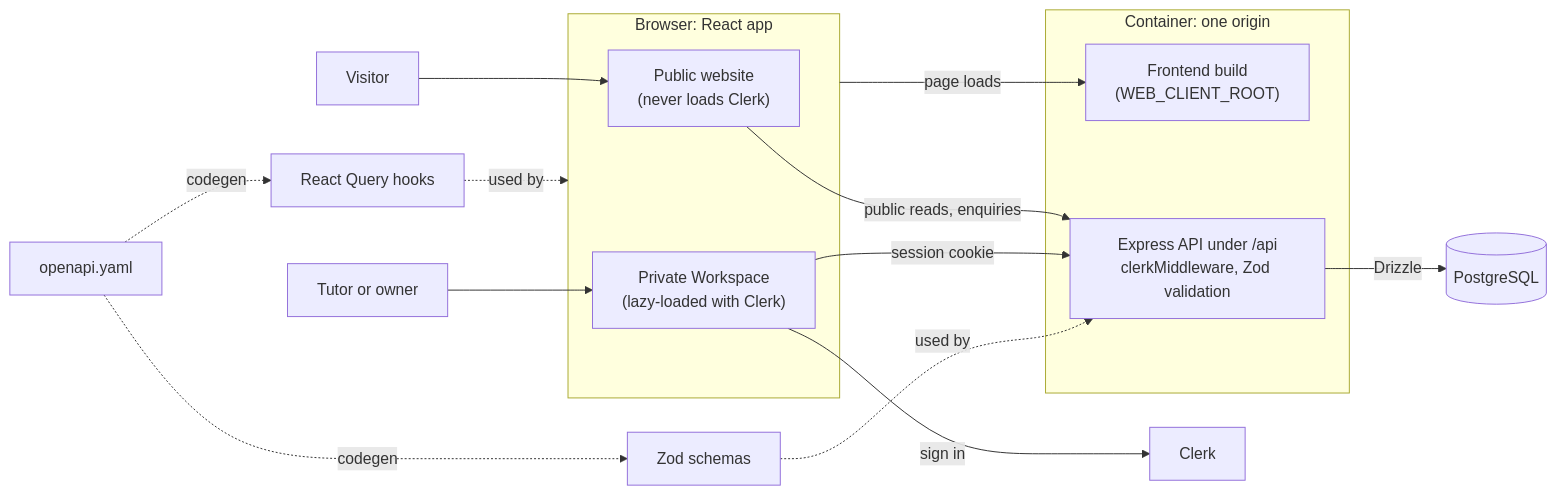
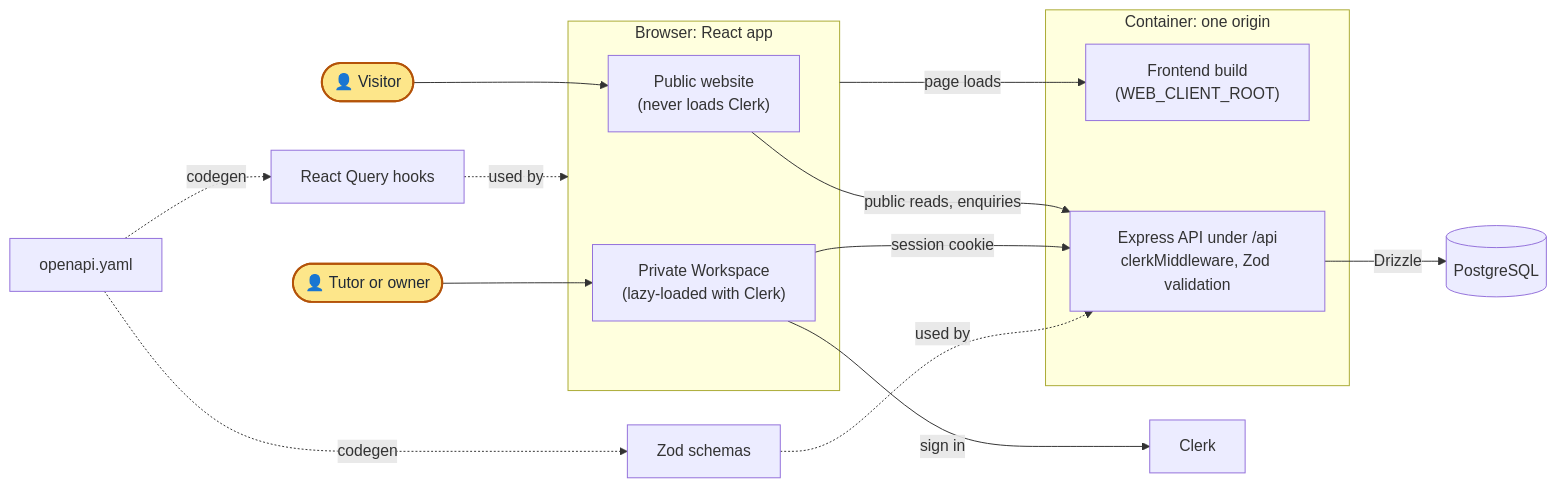
The diagram in docs/architecture.md (sumau/welltutored), drawn with Mermaid before and after one commit.

Commit message:
Make the people in the architecture diagram stand out

````diff
--- a/docs/architecture.md
+++ b/docs/architecture.md
@@ -10,27 +10,29 @@
 ```mermaid
 flowchart LR
-  visitor["Visitor"] --> public
-  tutor["Tutor or owner"] --> workspace
+  visitor(["👤 Visitor"]) --> public
+  tutor(["👤 Tutor or owner"]) --> workspace
+  classDef person fill:#fde68a,stroke:#b45309,stroke-width:2px,color:#1f2937
+  class visitor,tutor person
 
   subgraph browser["Browser: React app"]
     public["Public website<br/>(never loads Clerk)"]
     workspace["Private Workspace<br/>(lazy-loaded with Clerk)"]
   end
 
   workspace -- "sign in" --> clerk["Clerk"]
 
   subgraph container["Container: one origin"]
     static["Frontend build<br/>(WEB_CLIENT_ROOT)"]
     api["Express API under /api<br/>clerkMiddleware, Zod validation"]
   end
 
   browser -- "page loads" --> static
   public -- "public reads, enquiries" --> api
   workspace -- "session cookie" --> api
   api -- "Drizzle" --> db[("PostgreSQL")]
 
   spec["openapi.yaml"] -. "codegen" .-> hooks["React Query hooks"]
   spec -. "codegen" .-> zod["Zod schemas"]
   hooks -. "used by" .-> browser
   zod -. "used by" .-> api
 ```
````
